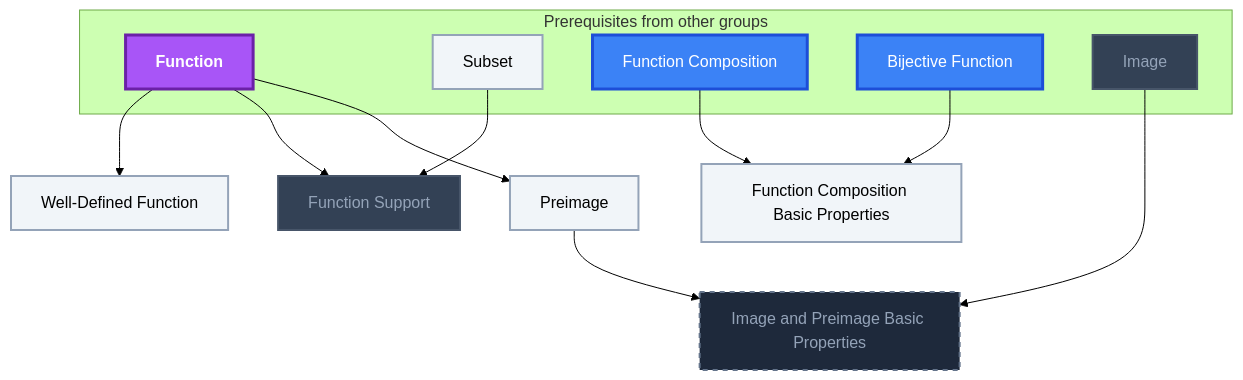
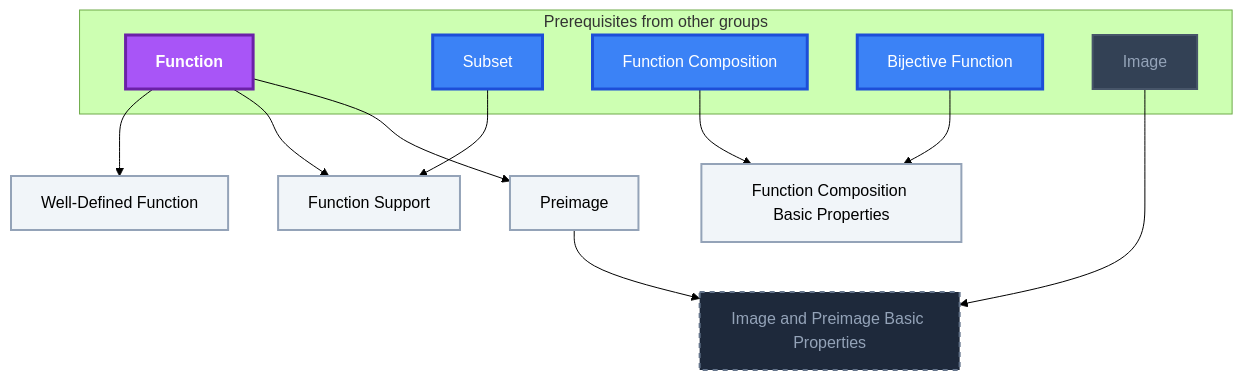
One commit to MRauf1/My-Notes changed the fifth of 7 diagrams in Gamification/Skill Trees/Discrete Mathematics.md. Above: the diagram before and after it, drawn with Mermaid (forest theme). The commit also changed other lines of this file and 62 other files, not shown here.

````diff
--- a/Gamification/Skill Trees/Discrete Mathematics.md
+++ b/Gamification/Skill Trees/Discrete Mathematics.md
@@ -356,38 +358,38 @@
 ```mermaid
 flowchart TD
     classDef planned fill:#1E293B,stroke:#64748B,stroke-width:2px,stroke-dasharray:5 5,color:#94A3B8;
     classDef locked fill:#334155,stroke:#475569,stroke-width:2px,color:#94A3B8;
     classDef L0 fill:#F1F5F9,stroke:#94A3B8,stroke-width:2px,color:#000000;
     classDef L1 fill:#22C55E,stroke:#15803D,stroke-width:2px,color:#000000;
     classDef L2 fill:#3B82F6,stroke:#1D4ED8,stroke-width:3px,color:#FFFFFF;
     classDef L3 fill:#A855F7,stroke:#6B21A8,stroke-width:3px,color:#FFFFFF,font-weight:bold;
     classDef L4 fill:#F97316,stroke:#C2410C,stroke-width:4px,color:#000000,font-weight:bold;
     classDef L5 fill:#FFD700,stroke:#FF8C00,stroke-width:5px,color:#000000,font-weight:bold;
     classDef rusty stroke:#8B4513,stroke-width:4px,stroke-dasharray:3 3;
     subgraph sg_prereqs["Prerequisites from other groups"]
         n_function["Function"]
         n_subset["Subset"]
         n_function_composition["Function Composition"]
         n_bijective_function["Bijective Function"]
         n_image["Image"]
     end
     n_well_defined_function["Well-Defined Function"]
     n_function_support["Function Support"]
     n_function_composition_basic_properties["Function Composition Basic Properties"]
     n_preimage["Preimage"]
     n_image_and_preimage_basic_properties["Image and Preimage Basic Properties"]
     n_function --> n_well_defined_function
     n_function --> n_function_support
     n_subset --> n_function_support
     n_function_composition --> n_function_composition_basic_properties
     n_bijective_function --> n_function_composition_basic_properties
     n_function --> n_preimage
     n_preimage --> n_image_and_preimage_basic_properties
     n_image --> n_image_and_preimage_basic_properties
     class n_image_and_preimage_basic_properties planned;
-    class n_image,n_function_support locked;
-    class n_subset,n_well_defined_function,n_function_composition_basic_properties,n_preimage L0;
-    class n_function_composition,n_bijective_function L2;
+    class n_image locked;
+    class n_well_defined_function,n_function_support,n_function_composition_basic_properties,n_preimage L0;
+    class n_subset,n_function_composition,n_bijective_function L2;
     class n_function L3;
     class n_function,n_subset,n_function_composition,n_bijective_function,n_image,n_well_defined_function,n_function_support,n_function_composition_basic_properties,n_preimage internal-link;
 ```
````
